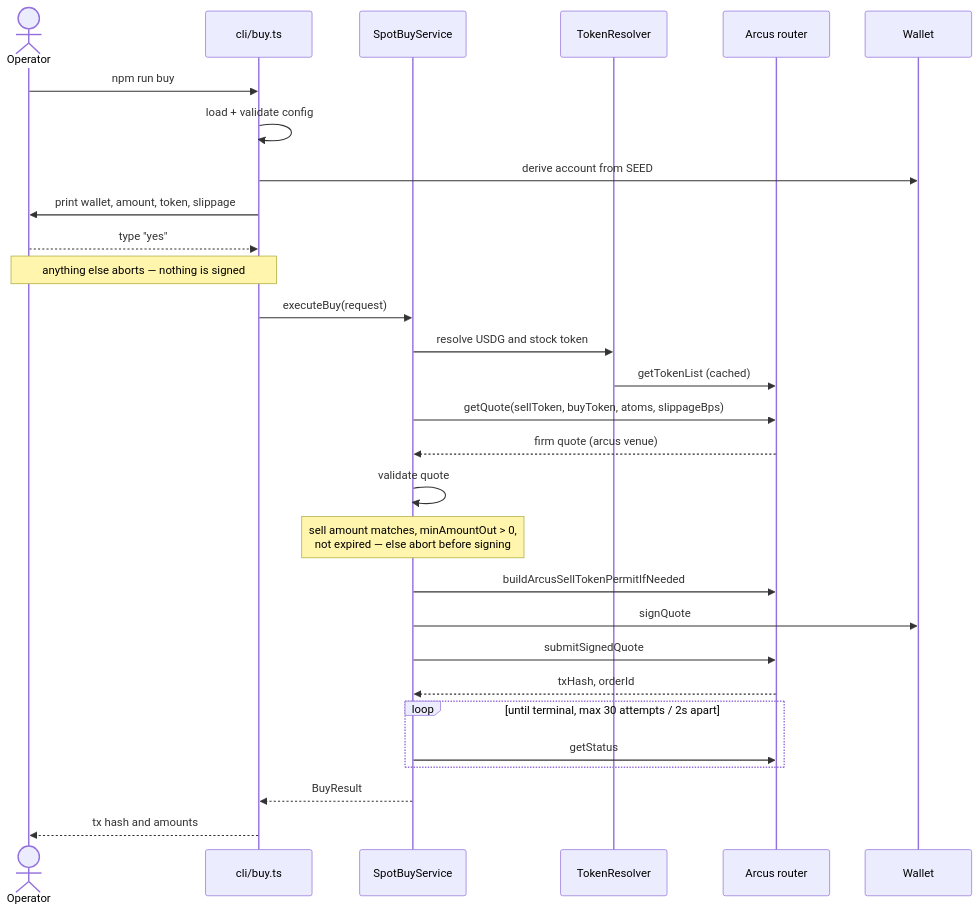
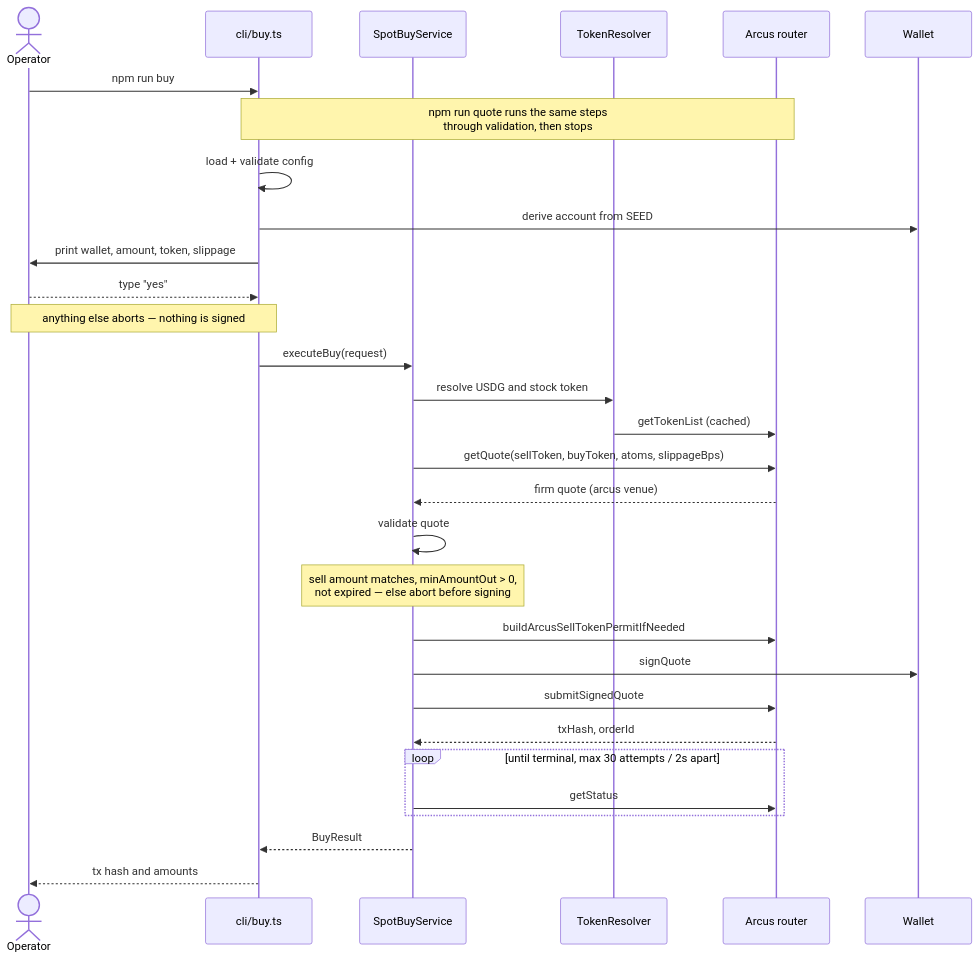
One commit to lexer/arcusdelta changed the second of 2 diagrams in docs/architecture.md. Above: the diagram before and after it, drawn with Mermaid. The commit also changed other lines of this file and 6 other files, not shown here.

First line of the commit message:
feat(cli): add read-only quote preflight

````diff
--- a/docs/architecture.md
+++ b/docs/architecture.md
@@ -34,36 +43,37 @@
 ```mermaid
 sequenceDiagram
     actor Op as Operator
     participant CLI as cli/buy.ts
     participant Svc as SpotBuyService
     participant Tok as TokenResolver
     participant SDK as Arcus router
     participant W as Wallet
 
     Op->>CLI: npm run buy
+    Note over CLI,SDK: npm run quote runs the same steps<br/>through validation, then stops
     CLI->>CLI: load + validate config
     CLI->>W: derive account from SEED
     CLI->>Op: print wallet, amount, token, slippage
     Op-->>CLI: type "yes"
     Note over CLI,Op: anything else aborts — nothing is signed
 
     CLI->>Svc: executeBuy(request)
     Svc->>Tok: resolve USDG and stock token
     Tok->>SDK: getTokenList (cached)
     Svc->>SDK: getQuote(sellToken, buyToken, atoms, slippageBps)
     SDK-->>Svc: firm quote (arcus venue)
 
     Svc->>Svc: validate quote
     Note over Svc: sell amount matches, minAmountOut > 0,<br/>not expired — else abort before signing
 
     Svc->>SDK: buildArcusSellTokenPermitIfNeeded
     Svc->>W: signQuote
     Svc->>SDK: submitSignedQuote
     SDK-->>Svc: txHash, orderId
 
     loop until terminal, max 30 attempts / 2s apart
         Svc->>SDK: getStatus
     end
     Svc-->>CLI: BuyResult
     CLI-->>Op: tx hash and amounts
 ```
````
